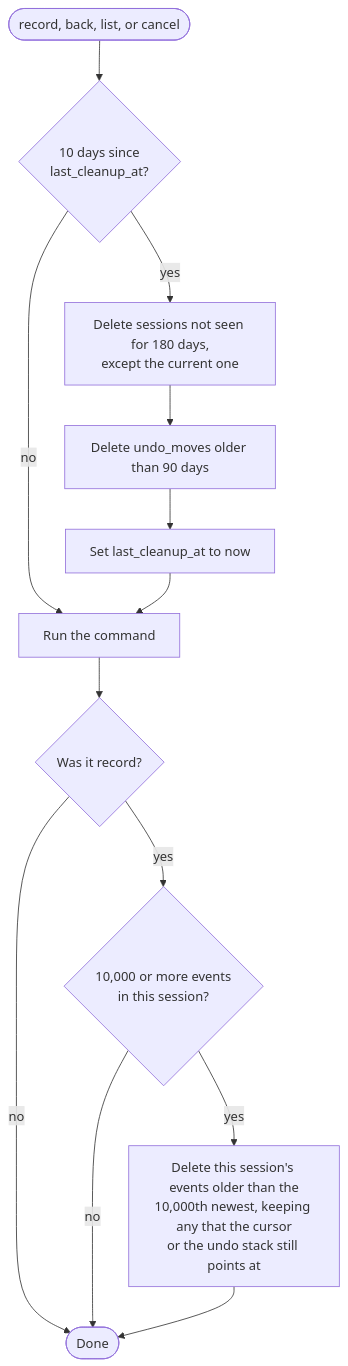
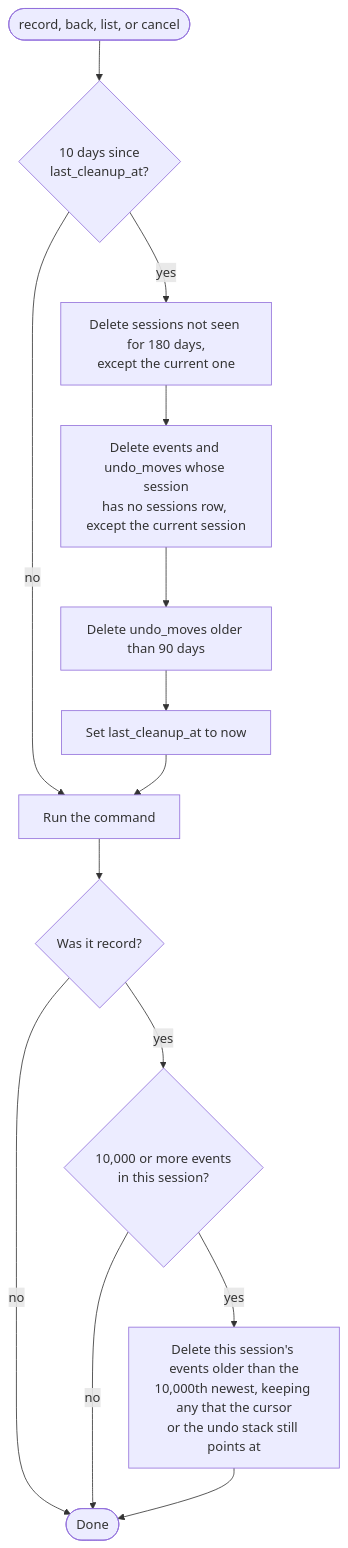
One commit to masato-umeno/back-directory changed the seventh of 7 diagrams in docs/dataflow.md. Above: the diagram before and after it, drawn with Mermaid. The commit also changed other lines of this file and 12 other files, not shown here.

````diff
--- a/docs/dataflow.md
+++ b/docs/dataflow.md
@@ -193,15 +193,16 @@
 ```mermaid
 flowchart TD
   start([record, back, list, or cancel]) --> due{"10 days since<br/>last_cleanup_at?"}
   due -- no --> cmd[Run the command]
   due -- yes --> s["Delete sessions not seen for 180 days,<br/>except the current one"]
-  s --> u[Delete undo_moves older than 90 days]
+  s --> o["Delete events and undo_moves whose session<br/>has no sessions row, except the current session"]
+  o --> u[Delete undo_moves older than 90 days]
   u --> m[Set last_cleanup_at to now]
   m --> cmd
   cmd --> isrec{"Was it record?"}
   isrec -- no --> done([Done])
   isrec -- yes --> big{"10,000 or more events<br/>in this session?"}
   big -- no --> done
   big -- yes --> rot["Delete this session's events older than the<br/>10,000th newest, keeping any that the cursor<br/>or the undo stack still points at"]
   rot --> done
 ```
````
